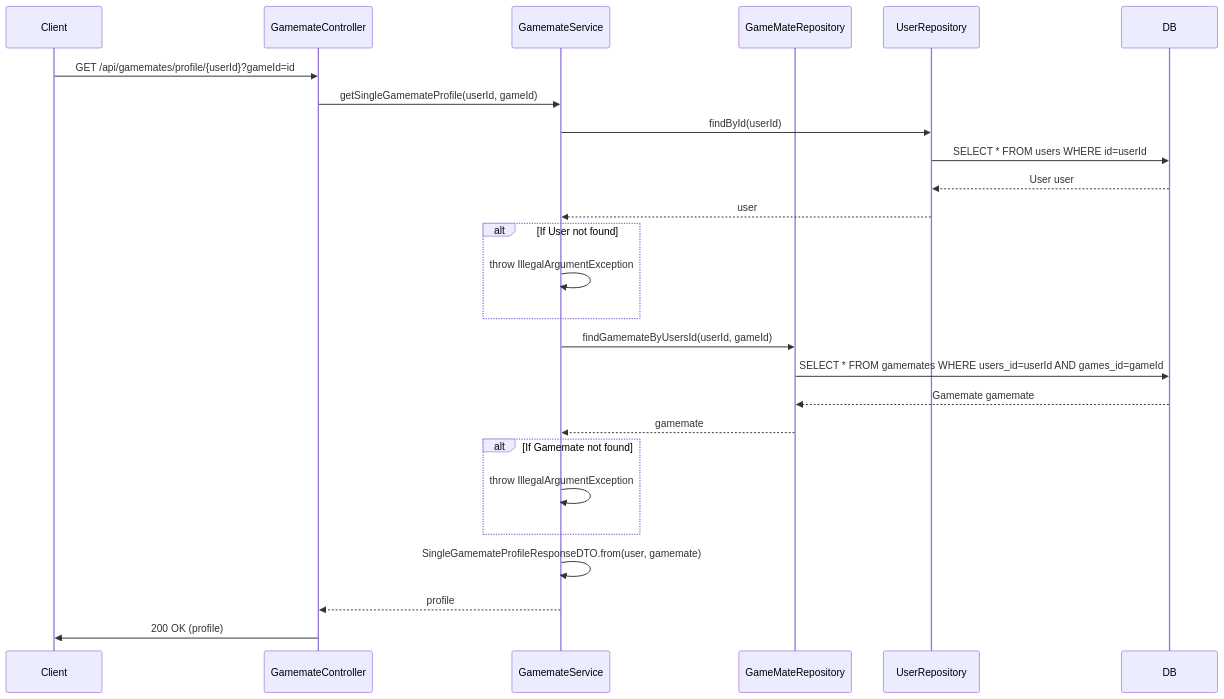
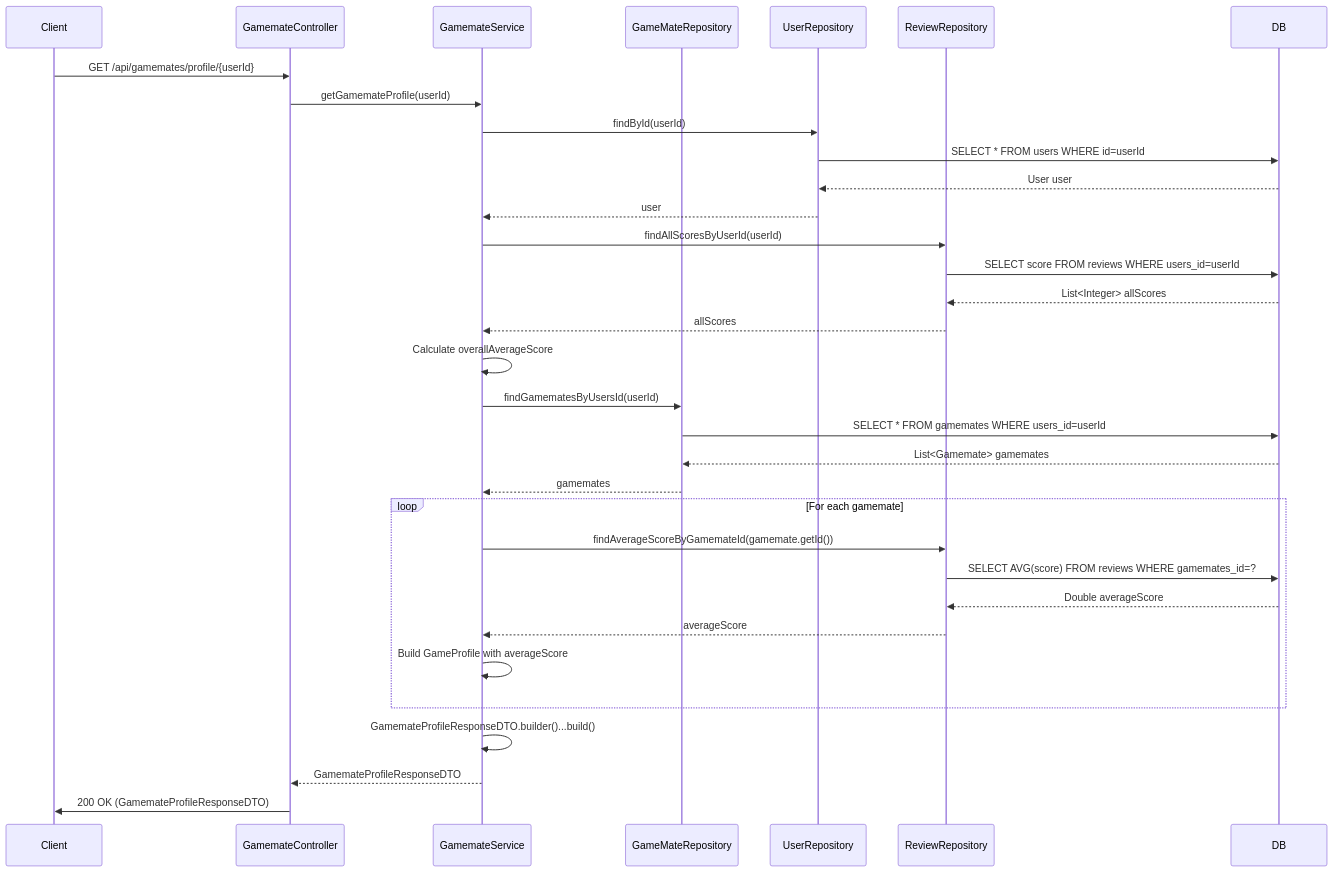
Before and after one commit to Wooong-E/game-s-cord: the diagram in SDS/sequenceDiagram/gamemateSequenceDiagram/gamemateDetailSearchSequenceDiagram.md, drawn with Mermaid. The commit also changed other lines of this file and 14 other files, not shown here.

Commit message:
fix : Sequence Diagram 수정

````diff
--- a/SDS/sequenceDiagram/gamemateSequenceDiagram/gamemateDetailSearchSequenceDiagram.md
+++ b/SDS/sequenceDiagram/gamemateSequenceDiagram/gamemateDetailSearchSequenceDiagram.md
@@ -3,33 +3,42 @@
 ```mermaid
 sequenceDiagram
     participant Client
     participant Controller as GamemateController
     participant Service as GamemateService
     participant Repo as GameMateRepository
     participant UserRepo as UserRepository
+    participant ReviewRepo as ReviewRepository
     participant DB
 
-    Client->>Controller: GET /api/gamemates/profile/{userId}?gameId=id
-    Controller->>Service: getSingleGamemateProfile(userId, gameId)
+    Client->>Controller: GET /api/gamemates/profile/{userId}
+    Controller->>Service: getGamemateProfile(userId)
 
     Service->>UserRepo: findById(userId)
     UserRepo->>DB: SELECT * FROM users WHERE id=userId
     DB-->>UserRepo: User user
     UserRepo-->>Service: user
-    alt If User not found
-        Service->>Service: throw IllegalArgumentException
-    end
 
-    Service->>Repo: findGamemateByUsersId(userId, gameId)
-    Repo->>DB: SELECT * FROM gamemates WHERE users_id=userId AND games_id=gameId
-    DB-->>Repo: Gamemate gamemate
-    Repo-->>Service: gamemate
+    Service->>ReviewRepo: findAllScoresByUserId(userId)
+    ReviewRepo->>DB: SELECT score FROM reviews WHERE users_id=userId
+    DB-->>ReviewRepo: List<Integer> allScores
+    ReviewRepo-->>Service: allScores
+    
+    Service->>Service: Calculate overallAverageScore
 
-    alt If Gamemate not found
-        Service->>Service: throw IllegalArgumentException
+    Service->>Repo: findGamematesByUsersId(userId)
+    Repo->>DB: SELECT * FROM gamemates WHERE users_id=userId
+    DB-->>Repo: List<Gamemate> gamemates
+    Repo-->>Service: gamemates
+
+    loop For each gamemate
+        Service->>ReviewRepo: findAverageScoreByGamemateId(gamemate.getId())
+        ReviewRepo->>DB: SELECT AVG(score) FROM reviews WHERE gamemates_id=?
+        DB-->>ReviewRepo: Double averageScore
+        ReviewRepo-->>Service: averageScore
+        Service->>Service: Build GameProfile with averageScore
     end
     
-    Service->>Service: SingleGamemateProfileResponseDTO.from(user, gamemate)
-    Service-->>Controller: profile
-    Controller->>Client: 200 OK (profile)
+    Service->>Service: GamemateProfileResponseDTO.builder()...build()
+    Service-->>Controller: GamemateProfileResponseDTO
+    Controller->>Client: 200 OK (GamemateProfileResponseDTO)
 ```
````
